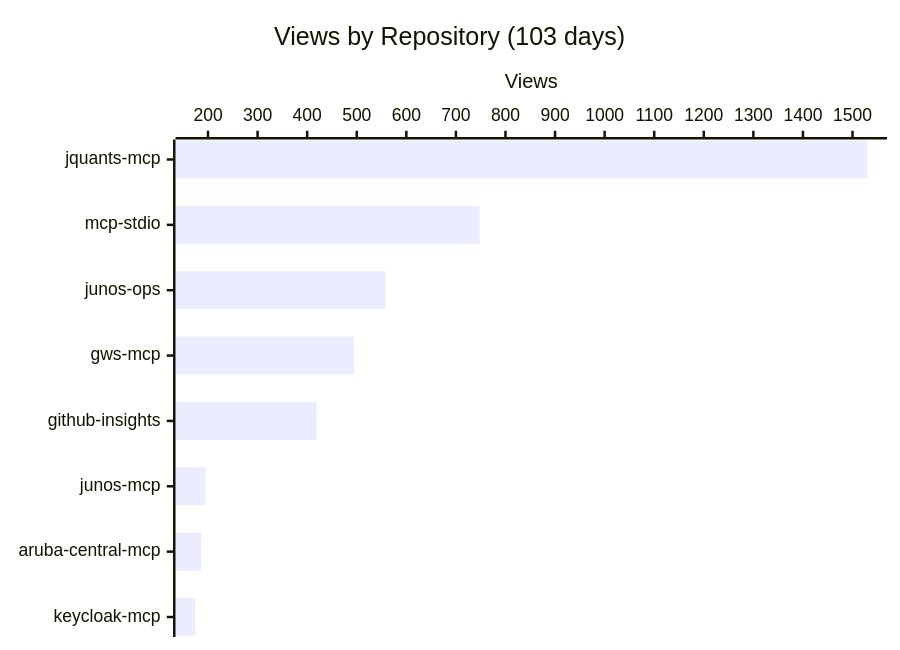
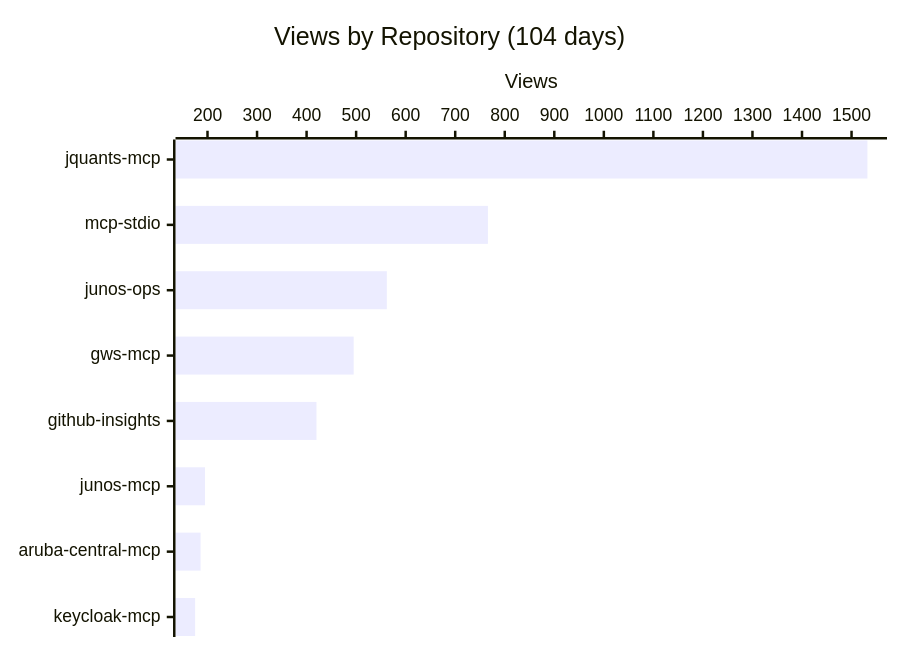
The first of 3 diagrams in README.md (shigechika/github-insights), drawn with Mermaid before and after one commit. The commit also changed other lines of this file and 2 other files, not shown here.

````diff
--- a/README.md
+++ b/README.md
@@ -18,7 +18,7 @@
 ```mermaid
 xychart-beta horizontal
-    title "Views by Repository (103 days)"
+    title "Views by Repository (104 days)"
     x-axis ["jquants-mcp", "mcp-stdio", "junos-ops", "gws-mcp", "github-insights", "junos-mcp", "aruba-central-mcp", "keycloak-mcp"]
     y-axis "Views"
-    bar [1530, 748, 558, 495, 419, 195, 186, 174]
+    bar [1532, 766, 562, 495, 420, 195, 186, 175]
 ```
````
